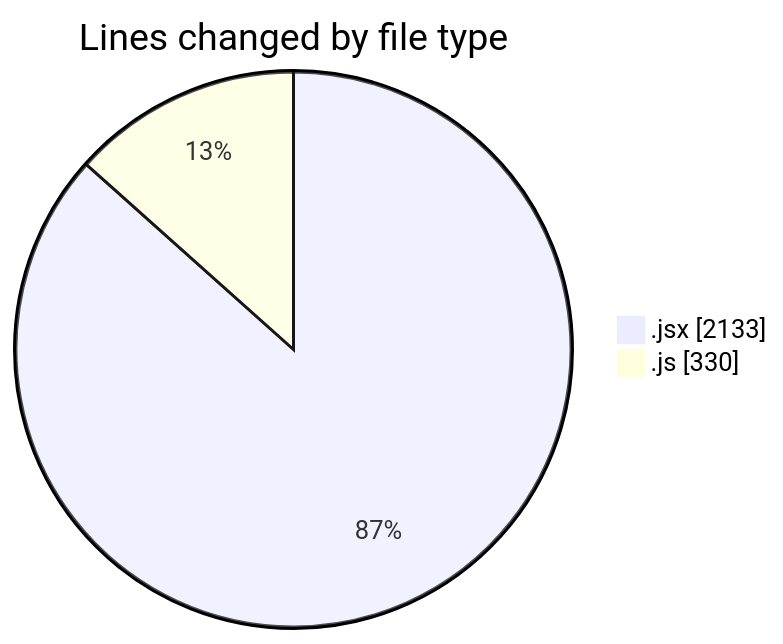
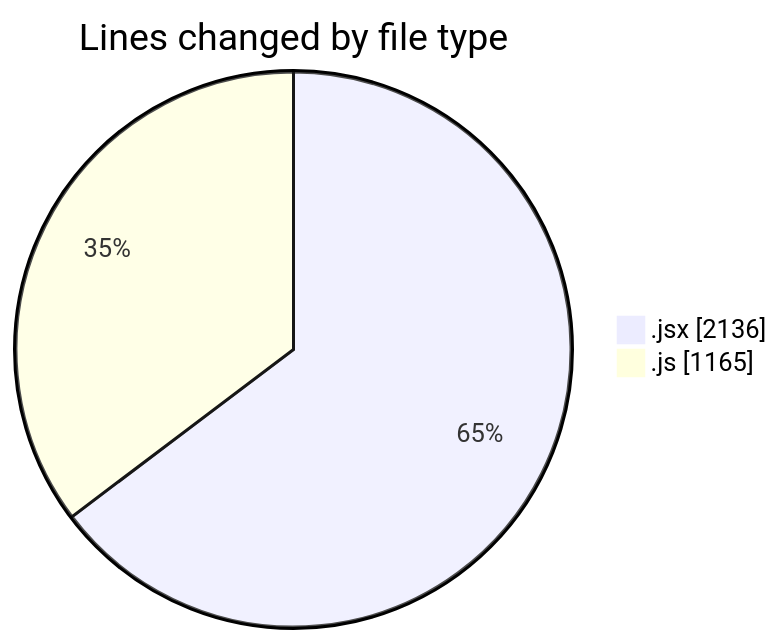
One commit to nxtqubesakshisongat/code-tracking changed the first of 2 diagrams in 2025-07-30/nxtqube_webapp/README.md. Above: the diagram before and after it, drawn with Mermaid. The commit also changed other lines of this file and 1 other file, not shown here.

````diff
--- a/2025-07-30/nxtqube_webapp/README.md
+++ b/2025-07-30/nxtqube_webapp/README.md
@@ -24,6 +27,6 @@
 ```mermaid
 pie showData
 title Lines changed by file type
-".jsx" : 2133
-".js" : 330
+".jsx" : 2136
+".js" : 1165
 ```
````
